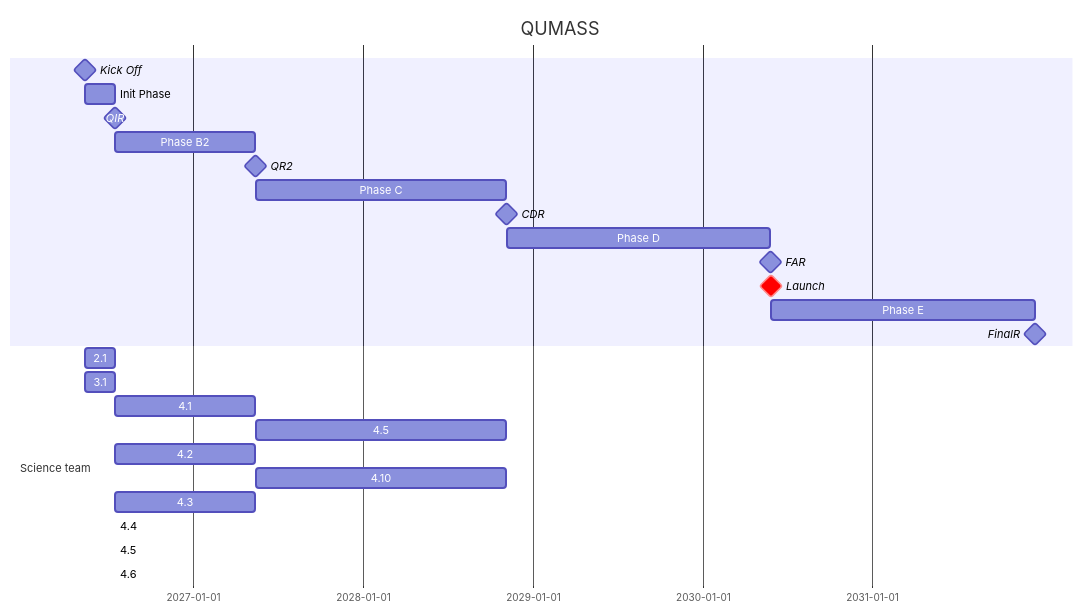
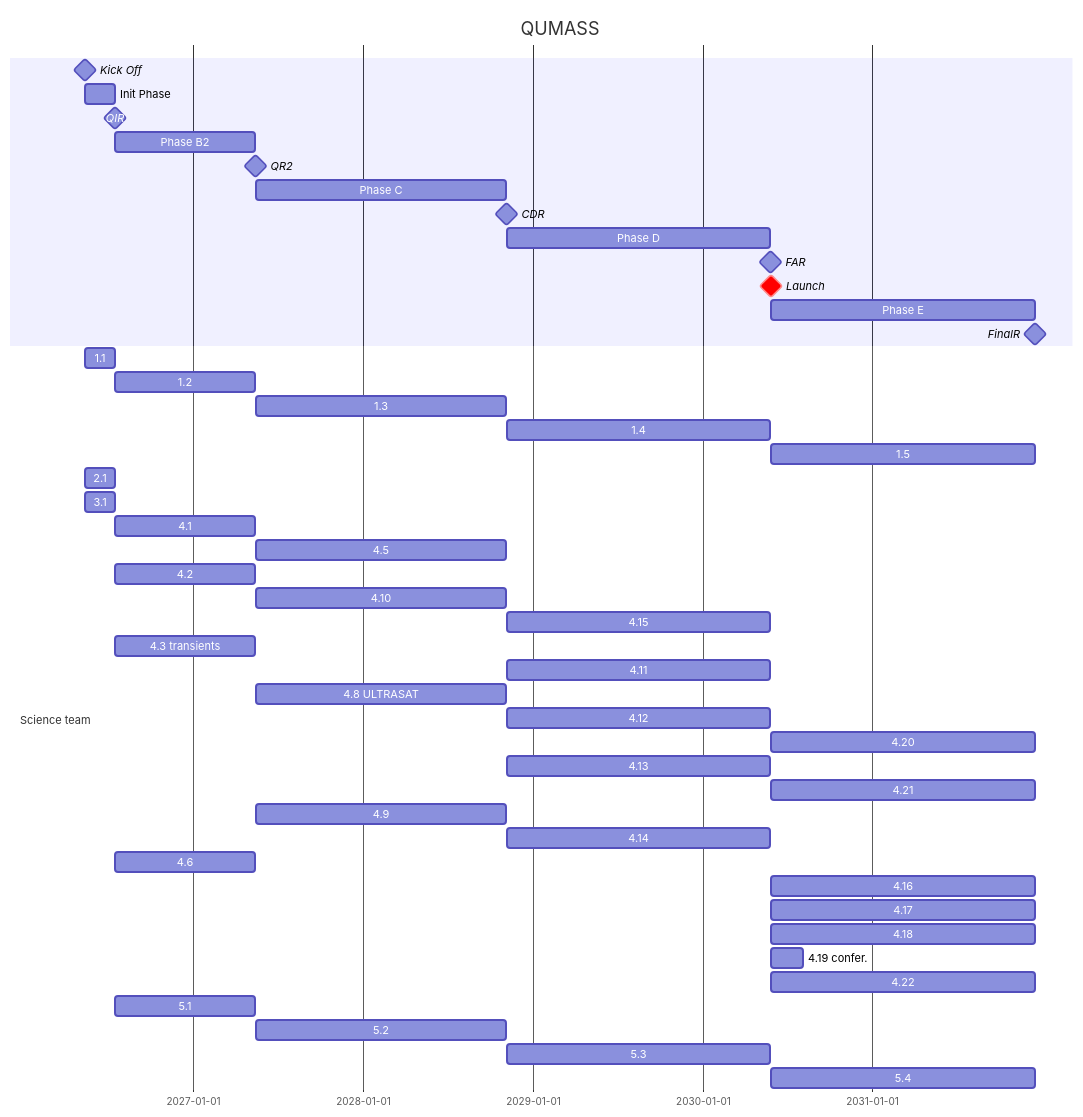
Before and after one commit to limu007/quvik: the diagram in calib/Science.md, drawn with Mermaid.

````diff
--- a/calib/Science.md
+++ b/calib/Science.md
@@ -1,29 +1,51 @@
 ```mermaid
 gantt
     title QUMASS
     dateFormat  YYYY-MM-DD
     Kick Off : milestone, ko, 2026-05-14, 1d
     Init Phase : b1, after ko, 9w
     QIR : milestone, ir, after b1, 1d
     Phase B2 : b2, after ir, 43w
     QR2 : milestone, pdr, after b2, 1d
     Phase C : c1, after pdr, 77w
     CDR : milestone, cdr, after c1, 1d
     Phase D : d1, after cdr, 81w
     FAR : milestone, far, after d1, 1d
     Launch : crit, milestone, frr, after far, 1d
     Phase E : e1, after far, 81w
     FinalR : milestone, fr, after e1, 1d
 
     section Science team
+    1.1 : after ko, until ir
+    1.2 : after ir, until pdr
+    1.3 : after pdr, until cdr
+    1.4 : after cdr, until far
+    1.5 : after far, until fr
     2.1 : after ko, until ir
     3.1 : after ko, until ir
     4.1 : after ir, until pdr
     4.5 : after pdr, until cdr
     4.2 : after ir, until pdr
     4.10 : after pdr, until cdr
-    4.3 : after ir, until pdr
-    4.4 : after ir, 5m
-    4.5 : after ir, 5m
-    4.6 : after ir, 6m
+    4.15 : after cdr, until far
+    4.3 transients : after ir, until pdr
+    4.11 : after cdr, until far
+    4.8 ULTRASAT : after pdr, until cdr
+    4.12 : after cdr, until far
+    4.20 : after far, until fr
+    4.13 : after cdr, until far
+    4.21 : after far, until fr
+    4.9 : after pdr, until cdr
+    4.14 : after cdr, until far
+    4.6 : after ir, until pdr
+    4.16 : after far, until fr
+    4.17 : after far, until fr
+    4.18 : after far, until fr
+    4.19 confer. : after far, 10w
+    4.22 : after far, until fr
+    5.1 : after ir, until pdr
+    5.2 : after pdr, until cdr
+    5.3 : after cdr, until far
+    5.4 : after far, until fr
+
 ```
````
